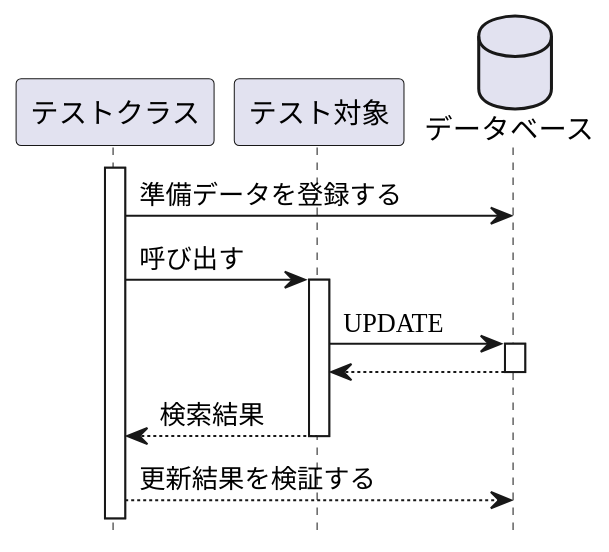
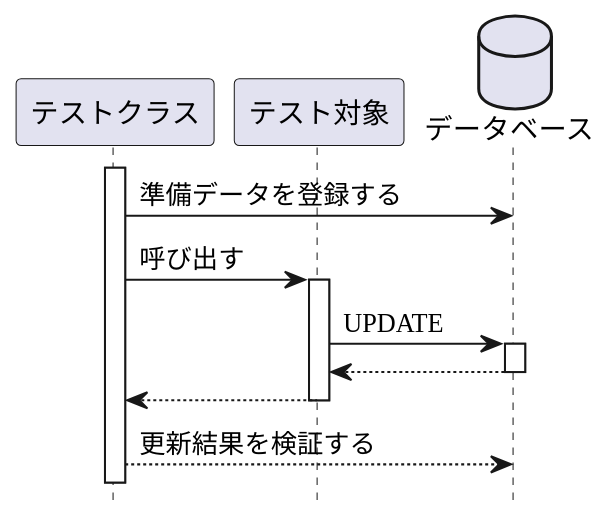
Before and after one commit to sambatriste/write-test-code: the fifth of 6 diagrams in docs/index.org, drawn with PlantUML. The commit also changed other lines of this file and 5 other files, not shown here.

```diff
--- a/docs/index.org
+++ b/docs/index.org
@@ -328,26 +356,26 @@
 #+BEGIN_SRC plantuml :file img/update-test.png :cmdline -charset UTF-8
 hide footbox
 scale 400 * 400
 
 participant テストクラス as test
 participant テスト対象 as sut
 database データベース as db
 
 activate test
 test -> db : 準備データを登録する
 
 test -> sut : 呼び出す
 activate sut
 
 sut -> db : UPDATE
 activate db
 
 db --> sut
 deactivate db
 
-sut --> test: 検索結果
+sut --> test
 deactivate sut
 
 test --> db: 更新結果を検証する
 
 #+END_SRC
```
